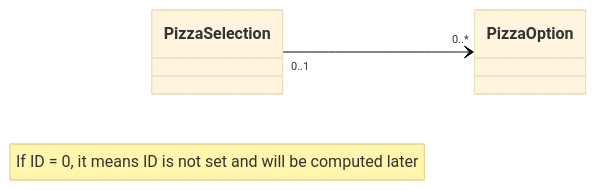
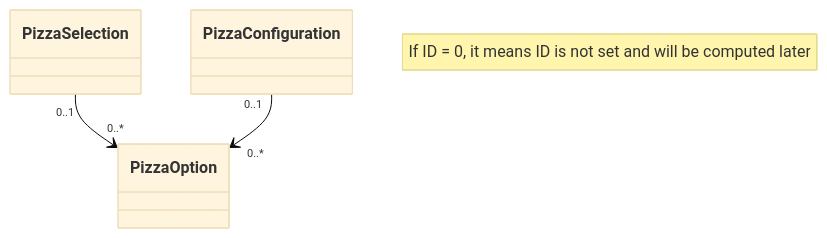
The diagram in README.md (ekral/Utb.PizzaKiosk), drawn with Mermaid (base theme) before and after one commit.

````diff
--- a/README.md
+++ b/README.md
@@ -162,6 +162,7 @@
 ```mermaid
  classDiagram
    note "If ID = 0, it means ID is not set and will be computed later"
-   direction LR
+   %% direction LR
    PizzaSelection "0..1" --> "0..*" PizzaOption
+   PizzaConfiguration "0..1" --> "0..*" PizzaOption
 ```
````
